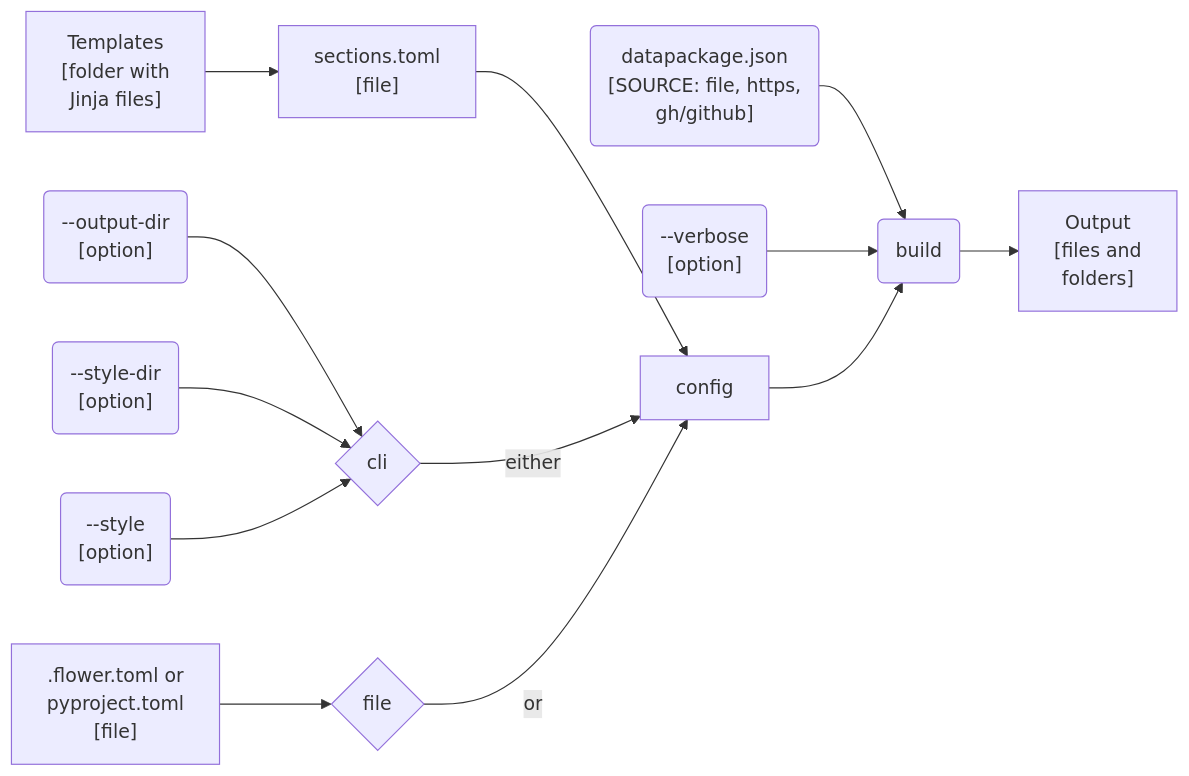
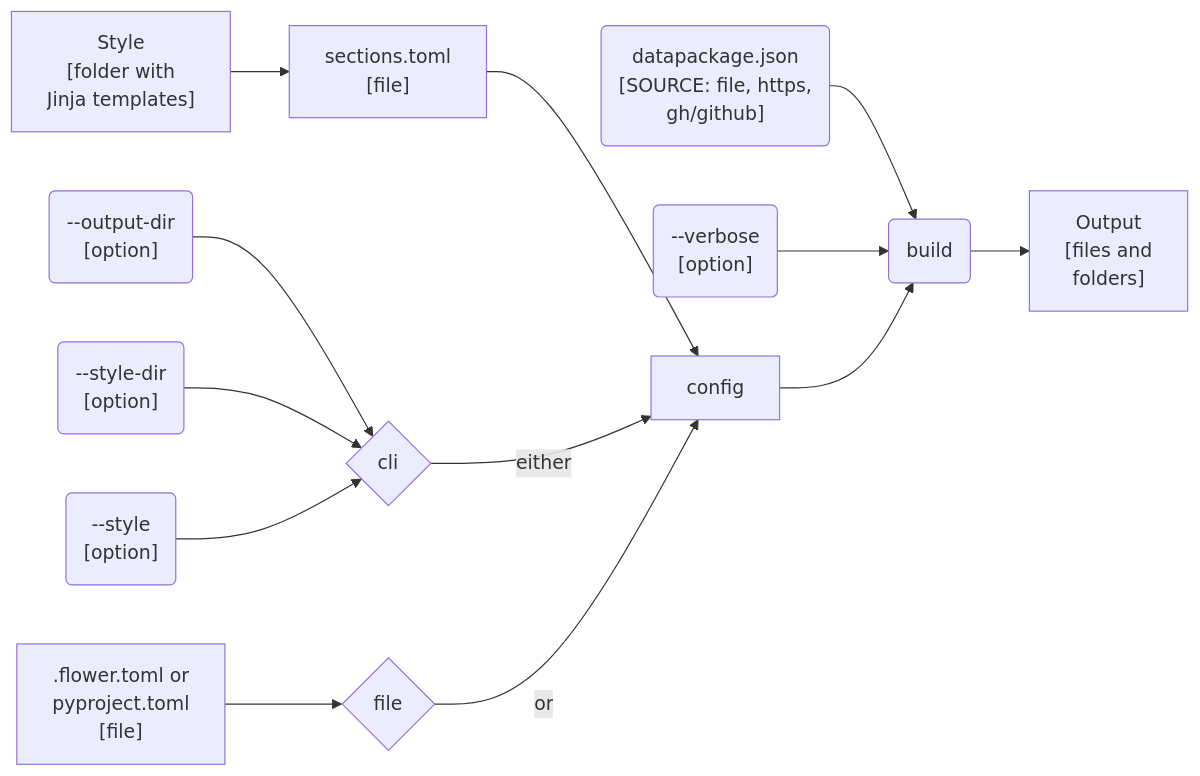
Before and after one commit to seedcase-project/seedcase-flower: the first of 2 diagrams in docs/design/interface/cli.qmd, drawn with Mermaid. The commit also changed other lines of this file and 1 other file, not shown here.

Commit message:
refactor: :pencil2: edits from review

````diff
--- a/docs/design/interface/cli.qmd
+++ b/docs/design/interface/cli.qmd
@@ -52,32 +52,32 @@
 ```{mermaid}
 %%| label: fig-cli-build-flow
 %%| fig-cap: "The flow of input and output through the CLI `build` command."
 %%| fig-alt: "Diagram showing the flow of input and output through the CLI `build` command. The user provides the source of the `datapackage.json` file and an optional style, which are used by the `build` command to generate output files and folders."
 flowchart LR
     source("datapackage.json<br>[SOURCE: file, https,<br>gh/github]")
     config_file[".flower.toml or<br>pyproject.toml<br>[file]"]
     config_sections_file["sections.toml<br>[file]"]
     build("build")
     style_opt("--style<br>[option]")
     verbose_opt("--verbose<br>[option]")
     output_dir_opt("--output-dir<br>[option]")
     style_dir_opt("--style-dir<br>[option]")
-    templates["Templates<br>[folder with<br>Jinja files]"]
+    styles["Style<br>[folder with<br>Jinja templates]"]
     output["Output<br>[files and<br>folders]"]
     file{"file"}
     cli{"cli"}
 
     source --> build
     config_file --> file
     output_dir_opt --> cli
     style_dir_opt --> cli
     style_opt --> cli
 
-    templates --> config_sections_file
+    styles --> config_sections_file
     config_sections_file --> config
     cli -- "either" --> config
     file -- "or" --> config
     verbose_opt --> build
     config --> build
     build --> output
 ```
````
